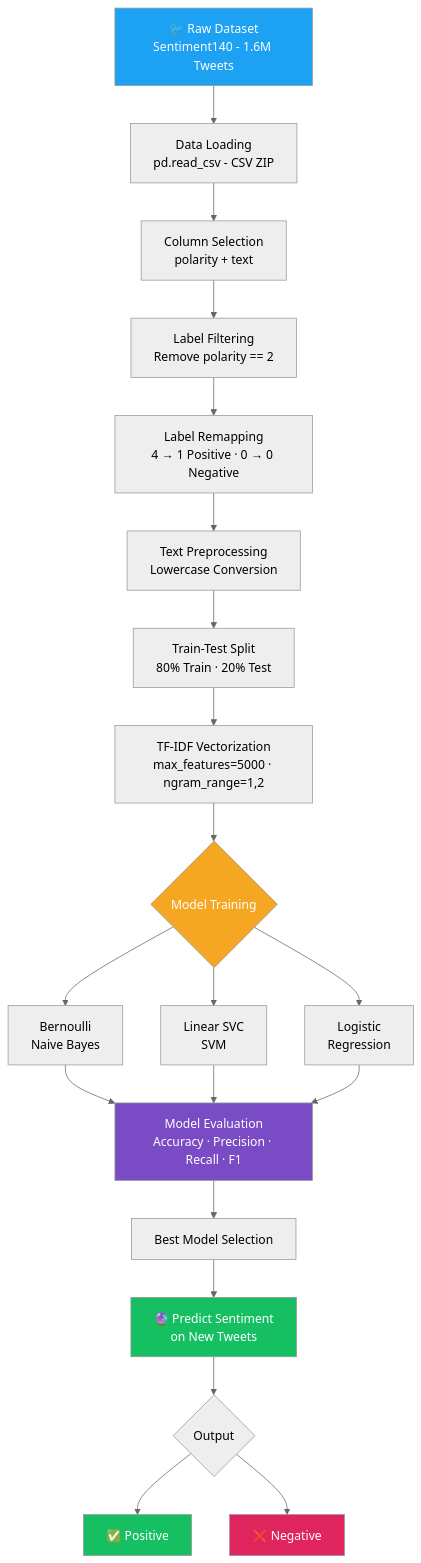
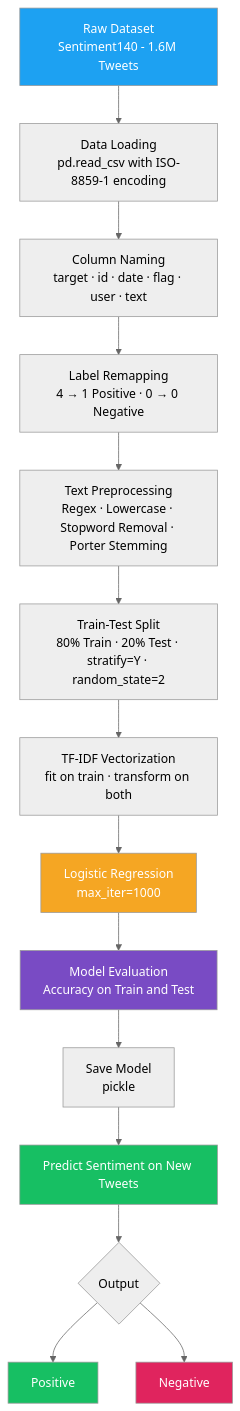
One commit to ARanjan45/NLP-TwitterSentimentAnalysis changed the diagram in README.md. Above: the diagram before and after it, drawn with Mermaid (neutral theme). The commit also changed other lines of this file, not shown here.

````diff
--- a/README.md
+++ b/README.md
@@ -70,29 +72,23 @@
 ```mermaid
 flowchart TD
-    A[🐦 Raw Dataset\nSentiment140 - 1.6M Tweets] --> B[Data Loading\npd.read_csv - CSV ZIP]
-    B --> C[Column Selection\npolarity + text]
-    C --> D[Label Filtering\nRemove polarity == 2]
-    D --> E[Label Remapping\n4 → 1 Positive · 0 → 0 Negative]
-    E --> F[Text Preprocessing\nLowercase Conversion]
-    F --> G[Train-Test Split\n80% Train · 20% Test]
-    G --> H[TF-IDF Vectorization\nmax_features=5000 · ngram_range=1,2]
-    H --> I{Model Training}
-    I --> J[Bernoulli\nNaive Bayes]
-    I --> K[Linear SVC\nSVM]
-    I --> L[Logistic\nRegression]
-    J --> M[Model Evaluation\nAccuracy · Precision · Recall · F1]
-    K --> M
-    L --> M
-    M --> N[Best Model Selection]
-    N --> O[🔮 Predict Sentiment\non New Tweets]
-    O --> P{Output}
-    P --> Q[✅ Positive]
-    P --> R[❌ Negative]
+    A[Raw Dataset\nSentiment140 - 1.6M Tweets] --> B[Data Loading\npd.read_csv with ISO-8859-1 encoding]
+    B --> C[Column Naming\ntarget · id · date · flag · user · text]
+    C --> D[Label Remapping\n4 → 1 Positive · 0 → 0 Negative]
+    D --> E[Text Preprocessing\nRegex · Lowercase · Stopword Removal · Porter Stemming]
+    E --> F[Train-Test Split\n80% Train · 20% Test · stratify=Y · random_state=2]
+    F --> G[TF-IDF Vectorization\nfit on train · transform on both]
+    G --> H[Logistic Regression\nmax_iter=1000]
+    H --> I[Model Evaluation\nAccuracy on Train and Test]
+    I --> J[Save Model\npickle]
+    J --> K[Predict Sentiment on New Tweets]
+    K --> L{Output}
+    L --> M[Positive]
+    L --> N[Negative]
 
     style A fill:#1DA1F2,color:#fff
-    style I fill:#f5a623,color:#fff
-    style M fill:#794bc4,color:#fff
-    style O fill:#17bf63,color:#fff
-    style Q fill:#17bf63,color:#fff
-    style R fill:#e0245e,color:#fff
+    style H fill:#f5a623,color:#fff
+    style I fill:#794bc4,color:#fff
+    style K fill:#17bf63,color:#fff
+    style M fill:#17bf63,color:#fff
+    style N fill:#e0245e,color:#fff
 ```
````
